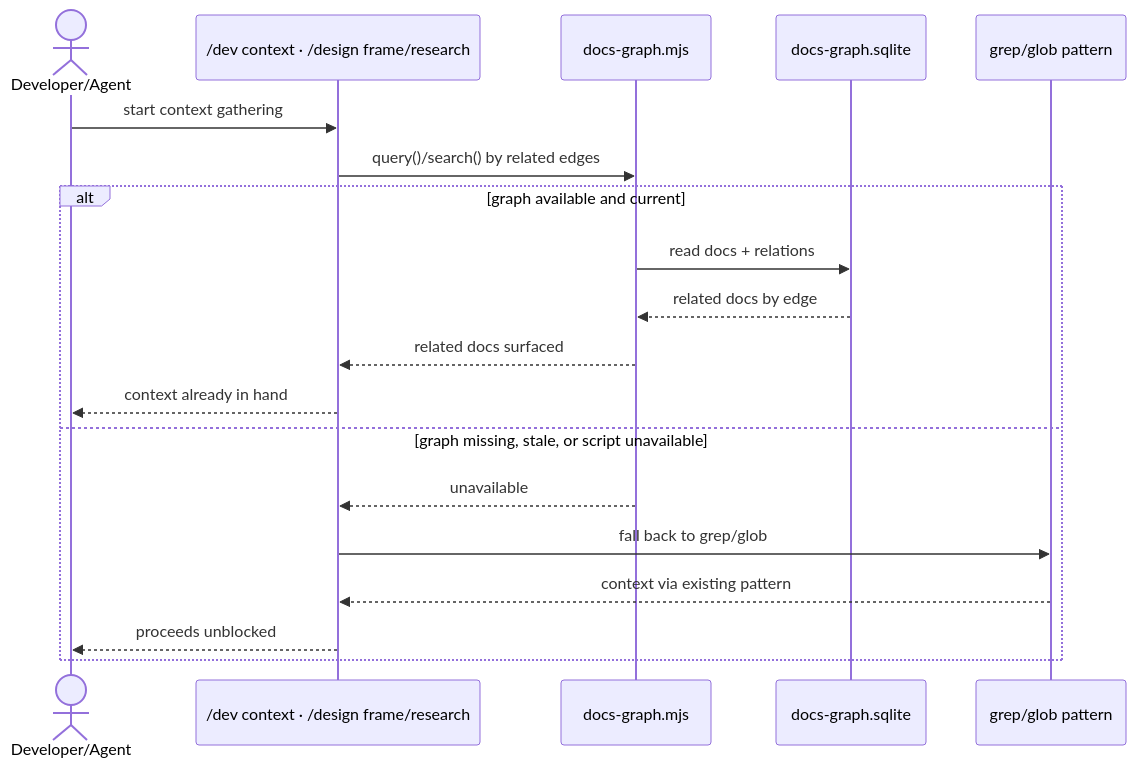
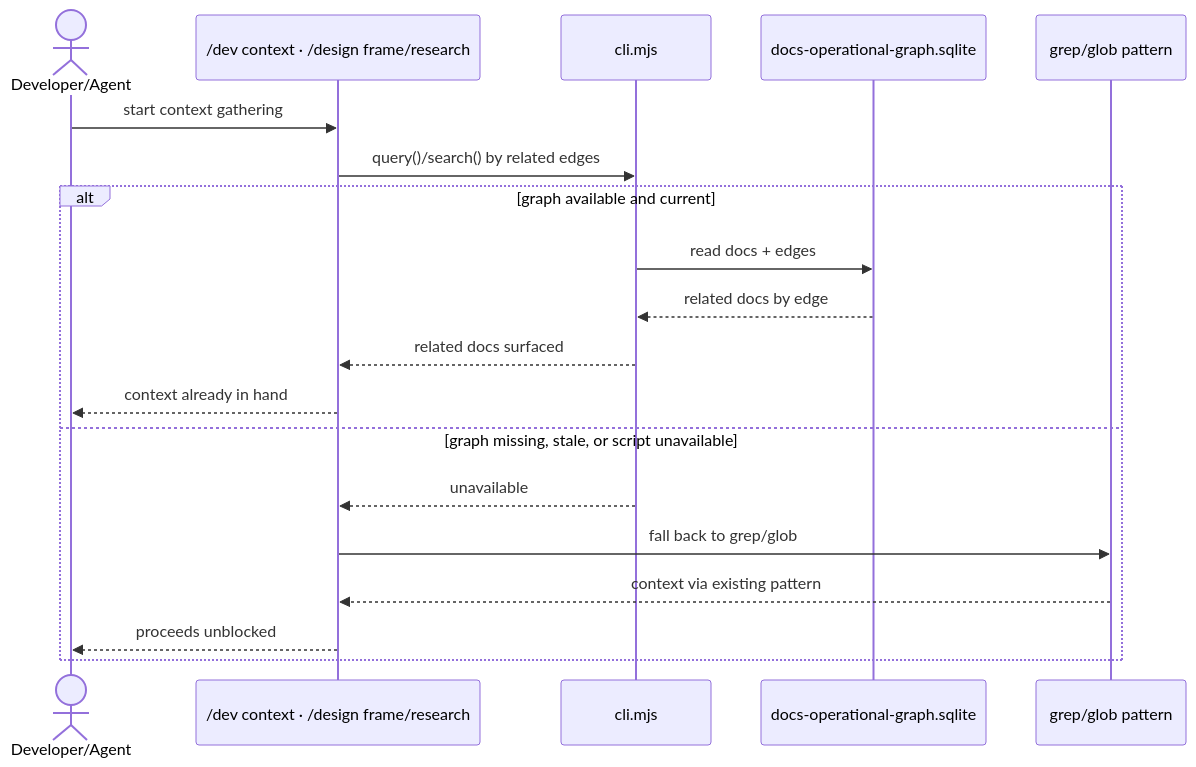
One commit to DataArt/artisyn-implementation-harness changed the third of 5 diagrams in docs/Harness/07 Knowledge Graph/01 Ops Model.md. Above: the diagram before and after it, drawn with Mermaid. The commit also changed other lines of this file and 10 other files, not shown here.

Commit message:
docs(architecture): describe the operational graph's HLD/LLD/Harness boundary

````diff
--- a/docs/Harness/07 Knowledge Graph/01 Ops Model.md
+++ b/docs/Harness/07 Knowledge Graph/01 Ops Model.md
@@ -124,22 +134,22 @@
 ```mermaid
 sequenceDiagram
     actor Dev as Developer/Agent
     participant Phase as /dev context · /design frame/research
-    participant Script as docs-graph.mjs
-    participant DB as docs-graph.sqlite
+    participant Script as cli.mjs
+    participant DB as docs-operational-graph.sqlite
     participant Fallback as grep/glob pattern
 
     Dev->>Phase: start context gathering
     Phase->>Script: query()/search() by related edges
     alt graph available and current
-        Script->>DB: read docs + relations
+        Script->>DB: read docs + edges
         DB-->>Script: related docs by edge
         Script-->>Phase: related docs surfaced
         Phase-->>Dev: context already in hand
     else graph missing, stale, or script unavailable
         Script-->>Phase: unavailable
         Phase->>Fallback: fall back to grep/glob
         Fallback-->>Phase: context via existing pattern
         Phase-->>Dev: proceeds unblocked
     end
 ```
````
